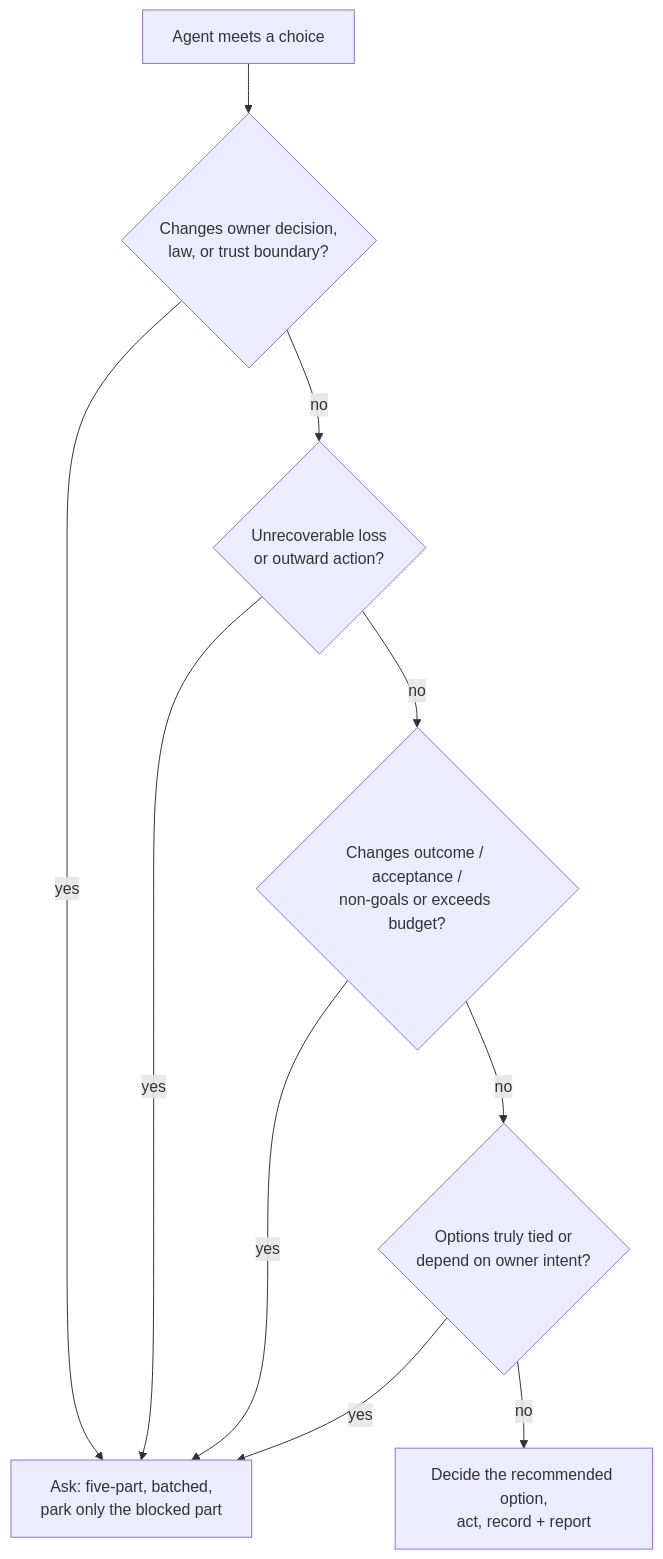
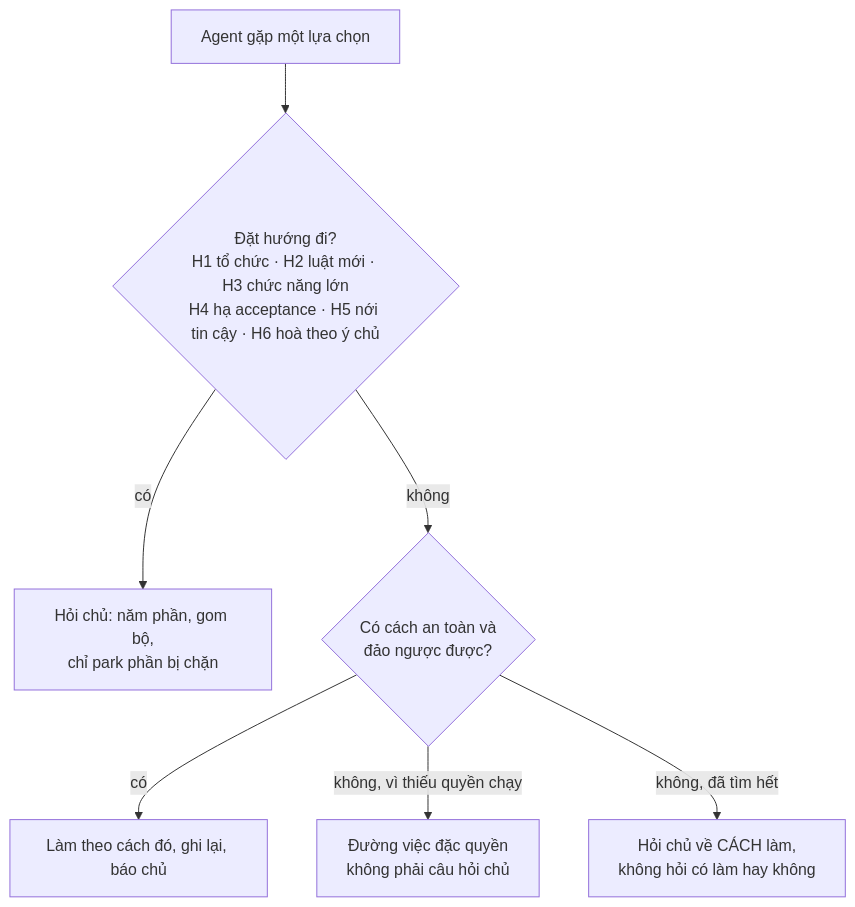
One commit to vantt/forgent changed the diagram in plans/discussions/ds-jxoz3h2qgk-when-to-ask/DISCUSSION.md. Above: the diagram before and after it, drawn with Mermaid. The commit also changed other lines of this file and 1 other file, not shown here.

Commit message:
discussion(when-to-ask): owner principle, 163-question classification, ask/don't-ask templates

````diff
--- a/plans/discussions/ds-jxoz3h2qgk-when-to-ask/DISCUSSION.md
+++ b/plans/discussions/ds-jxoz3h2qgk-when-to-ask/DISCUSSION.md
@@ -70,12 +99,9 @@
 ```mermaid
 flowchart TD
-  N[Agent meets a choice] --> T1{Changes owner decision,<br/>law, or trust boundary?}
-  T1 -- yes --> ASK[Ask: five-part, batched,<br/>park only the blocked part]
-  T1 -- no --> T2{Unrecoverable loss<br/>or outward action?}
-  T2 -- yes --> ASK
-  T2 -- no --> T3{Changes outcome / acceptance /<br/>non-goals or exceeds budget?}
-  T3 -- yes --> ASK
-  T3 -- no --> T4{Options truly tied or<br/>depend on owner intent?}
-  T4 -- yes --> ASK
-  T4 -- no --> D[Decide the recommended option,<br/>act, record + report]
+  N[Agent gặp một lựa chọn] --> D{Đặt hướng đi?<br/>H1 tổ chức · H2 luật mới · H3 chức năng lớn<br/>H4 hạ acceptance · H5 nới tin cậy · H6 hoà theo ý chủ}
+  D -- có --> ASK[Hỏi chủ: năm phần, gom bộ,<br/>chỉ park phần bị chặn]
+  D -- không --> S{Có cách an toàn và<br/>đảo ngược được?}
+  S -- có --> DO[Làm theo cách đó, ghi lại, báo chủ]
+  S -- không, vì thiếu quyền chạy --> H[Đường việc đặc quyền<br/>không phải câu hỏi chủ]
+  S -- không, đã tìm hết --> ASK2[Hỏi chủ về CÁCH làm,<br/>không hỏi có làm hay không]
 ```
````
